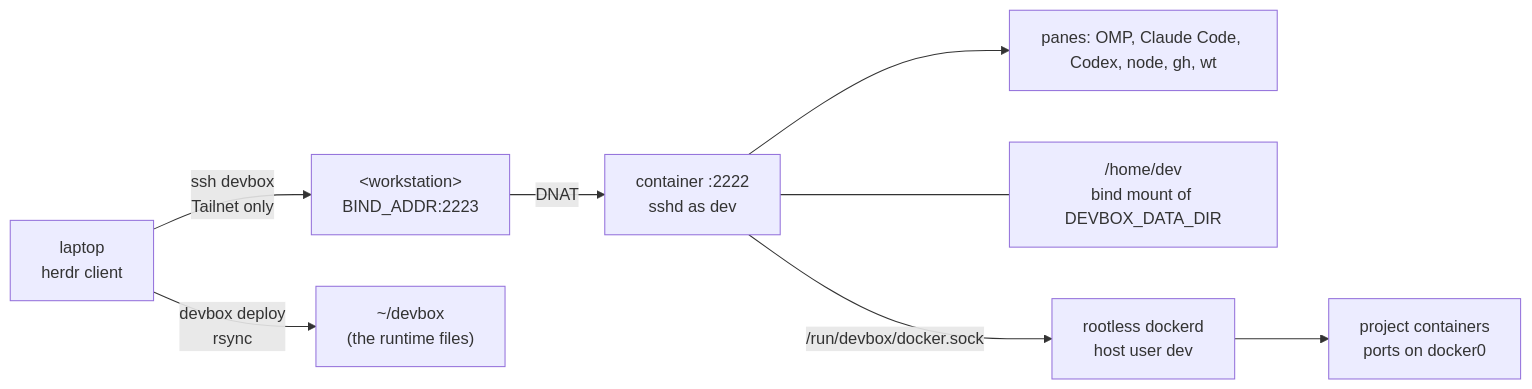
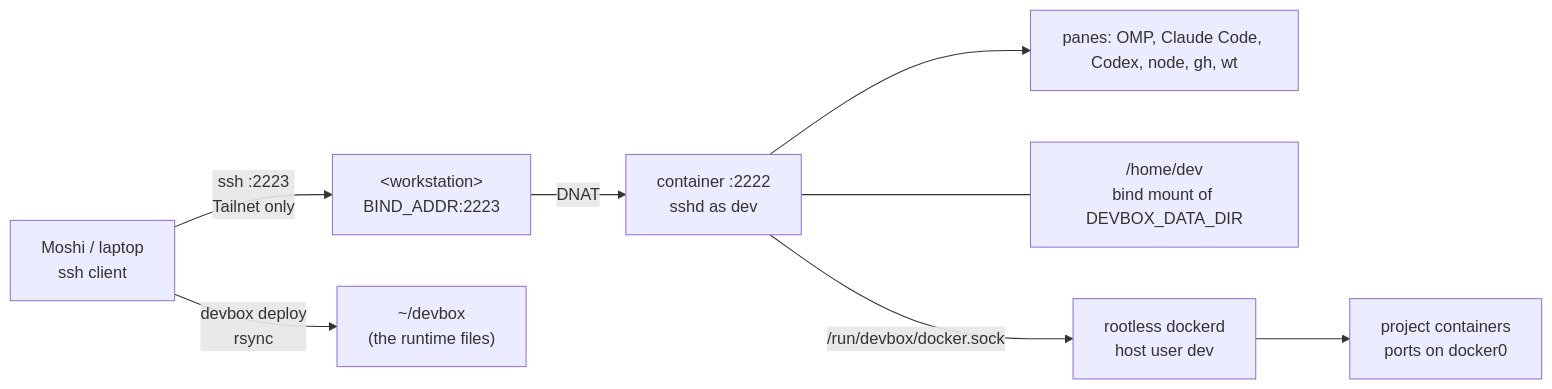
One commit to rozsival/devbox changed the diagram in docs/architecture.md. Above: the diagram before and after it, drawn with Mermaid. The commit also changed other lines of this file and 17 other files, not shown here.

First line of the commit message:
docs: connect through moshi instead of a herdr saved machine

````diff
--- a/docs/architecture.md
+++ b/docs/architecture.md
@@ -14,10 +14,10 @@
 ```mermaid
 flowchart LR
-  L["laptop<br/>herdr client"] -->|" ssh devbox<br/>Tailnet only "| H["&lt;workstation&gt;<br/>BIND_ADDR:2223"]
+  L["Moshi / laptop<br/>ssh client"] -->|" ssh :2223<br/>Tailnet only "| H["&lt;workstation&gt;<br/>BIND_ADDR:2223"]
   L -->|" devbox deploy<br/>rsync "| R["~/devbox<br/>(the runtime files)"]
   H -->|" DNAT "| C["container :2222<br/>sshd as dev"]
   C --> P["panes: OMP, Claude Code, Codex, node, gh, wt"]
   C --- V["/home/dev<br/>bind mount of DEVBOX_DATA_DIR"]
   C -->|" /run/devbox/docker.sock "| D["rootless dockerd<br/>host user dev"]
   D --> J["project containers<br/>ports on docker0"]
 ```
````
